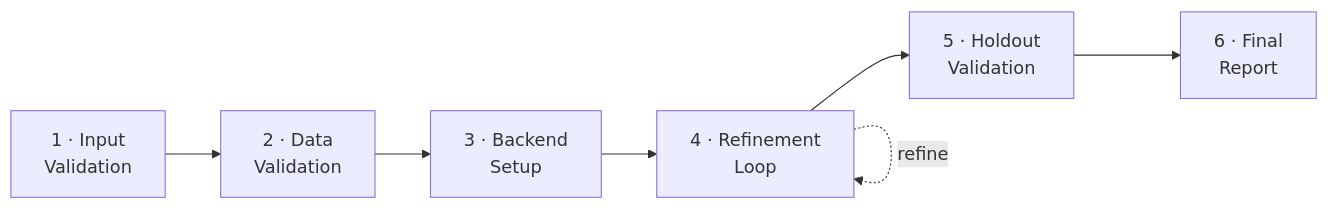
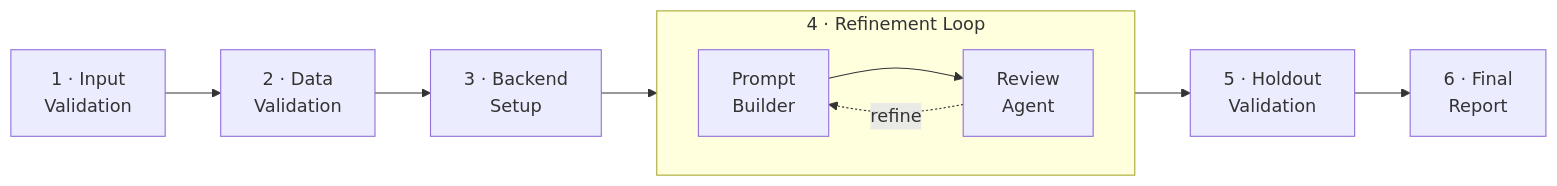
The first of 2 diagrams in README.md (ProsusAI/Compass), drawn with Mermaid before and after one commit.

Commit message:
docs: expand refinement loop into its Prompt Builder / Review Agent stages
Replace the single stage-4 self-loop with a subgraph showing the two
LLM agents in the loop: Prompt Builder -> Review Agent, with the dashed
refine arrow back.

````diff
--- a/README.md
+++ b/README.md
@@ -17,5 +17,12 @@
 ```mermaid
 flowchart LR
-    S1["1 · Input<br/>Validation"] --> S2["2 · Data<br/>Validation"] --> S3["3 · Backend<br/>Setup"] --> S4["4 · Refinement<br/>Loop"] --> S5["5 · Holdout<br/>Validation"] --> S6["6 · Final<br/>Report"]
-    S4 -. refine .-> S4
+    S1["1 · Input<br/>Validation"] --> S2["2 · Data<br/>Validation"] --> S3["3 · Backend<br/>Setup"] --> S4
+
+    subgraph S4 ["4 · Refinement Loop"]
+        direction LR
+        PB["Prompt<br/>Builder"] --> RA["Review<br/>Agent"]
+        RA -. refine .-> PB
+    end
+
+    S4 --> S5["5 · Holdout<br/>Validation"] --> S6["6 · Final<br/>Report"]
 ```
````
